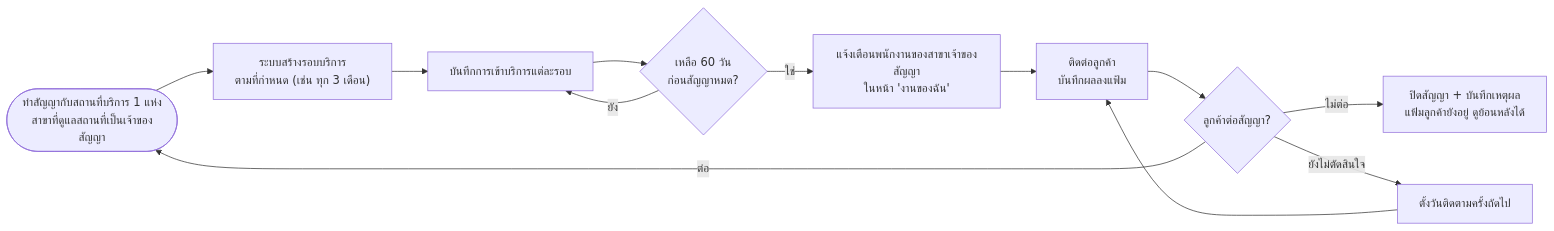
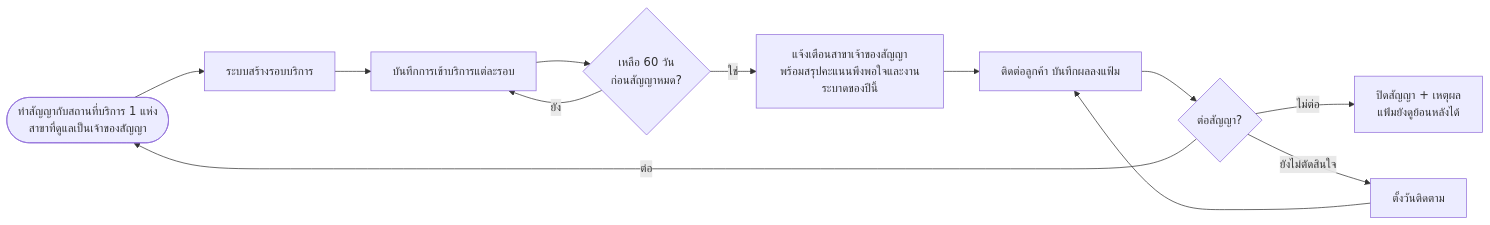
Before and after one commit to warayuthsema-alt/my-house-sh2401: the tenth of 12 diagrams in docs/research/2026-11-07-advance-group-asia-workflow-diagrams.md, drawn with Mermaid. The commit also changed other lines of this file and 1 other file, not shown here.

First line of the commit message:
Workflow diagrams v4: merge Customer History into Advance Quality System

````diff
--- a/docs/research/2026-11-07-advance-group-asia-workflow-diagrams.md
+++ b/docs/research/2026-11-07-advance-group-asia-workflow-diagrams.md
@@ -172,13 +264,13 @@
 ```mermaid
 flowchart LR
-    A(["ทำสัญญากับสถานที่บริการ 1 แห่ง<br/>สาขาที่ดูแลสถานที่เป็นเจ้าของสัญญา"]) --> B["ระบบสร้างรอบบริการ<br/>ตามที่กำหนด (เช่น ทุก 3 เดือน)"]
+    A(["ทำสัญญากับสถานที่บริการ 1 แห่ง<br/>สาขาที่ดูแลเป็นเจ้าของสัญญา"]) --> B["ระบบสร้างรอบบริการ"]
     B --> C["บันทึกการเข้าบริการแต่ละรอบ"]
     C --> D{"เหลือ 60 วัน<br/>ก่อนสัญญาหมด?"}
     D -- "ยัง" --> C
-    D -- "ใช่" --> E["แจ้งเตือนพนักงานของสาขาเจ้าของสัญญา<br/>ในหน้า 'งานของฉัน'"]
-    E --> F["ติดต่อลูกค้า<br/>บันทึกผลลงแฟ้ม"]
-    F --> G{"ลูกค้าต่อสัญญา?"}
+    D -- "ใช่" --> E["แจ้งเตือนสาขาเจ้าของสัญญา<br/>พร้อมสรุปคะแนนพึงพอใจและงานระบาดของปีนี้"]
+    E --> F["ติดต่อลูกค้า บันทึกผลลงแฟ้ม"]
+    F --> G{"ต่อสัญญา?"}
     G -- "ต่อ" --> A
-    G -- "ไม่ต่อ" --> H["ปิดสัญญา + บันทึกเหตุผล<br/>แฟ้มลูกค้ายังอยู่ ดูย้อนหลังได้"]
-    G -- "ยังไม่ตัดสินใจ" --> I["ตั้งวันติดตามครั้งถัดไป"] --> F
+    G -- "ไม่ต่อ" --> H["ปิดสัญญา + เหตุผล<br/>แฟ้มยังดูย้อนหลังได้"]
+    G -- "ยังไม่ตัดสินใจ" --> I["ตั้งวันติดตาม"] --> F
 ```
````
